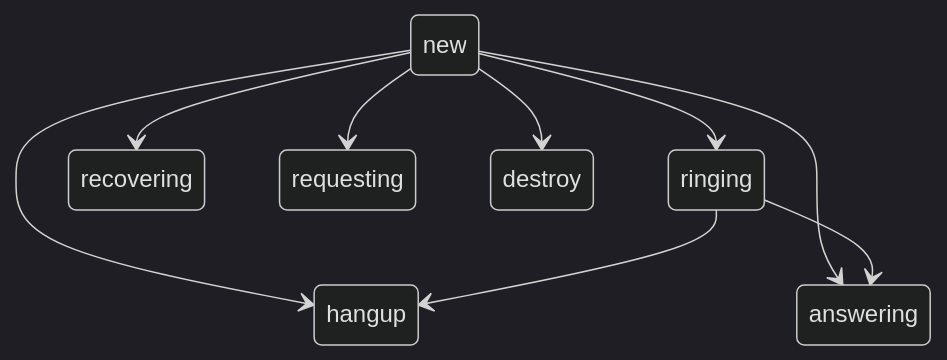
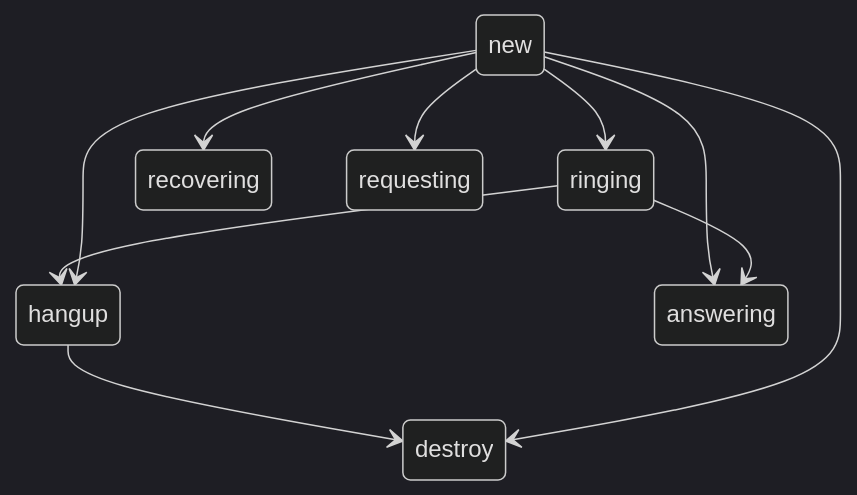
Before and after one commit to bjenning04/foam: the fourth of 4 diagrams in verto-design.md, drawn with Mermaid (dark theme).

Commit message:
May 4, 2026, 4:51 PM

````diff
--- a/verto-design.md
+++ b/verto-design.md
@@ -318,11 +318,12 @@
 ```mermaid
 stateDiagram
     new --> ringing
+    ringing --> hangup
+    hangup --> destroy
     new --> recovering
     new --> answering
     new --> requesting
     new --> hangup
     new --> destroy
-    ringing --> hangup
     ringing --> answering
 ```
````
